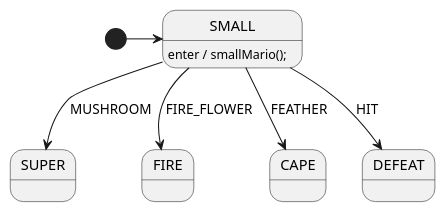
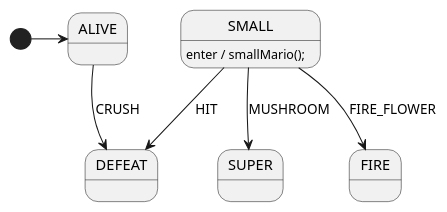
Before and after one commit to StateSmith/tutorial-3: the second of 3 diagrams in lesson-0/README.md, drawn with PlantUML. The commit also changed other lines of this file and 6 other files, not shown here.

````diff
--- a/lesson-0/README.md
+++ b/lesson-0/README.md
@@ -91,10 +91,12 @@
 ```plantuml
-' Define the initial transition that is taken when the state machine starts.
-[*] -> SMALL
+' Define the initial transition of state machine.
+[*] -> ALIVE
+
+' Transition to the DEFEAT state if crushed.
+ALIVE --> DEFEAT: CRUSH
 
 SMALL: enter / smallMario();
 SMALL --> SUPER: MUSHROOM
 SMALL --> FIRE: FIRE_FLOWER
-SMALL --> CAPE: FEATHER
 SMALL --> DEFEAT: HIT
 ```
````
